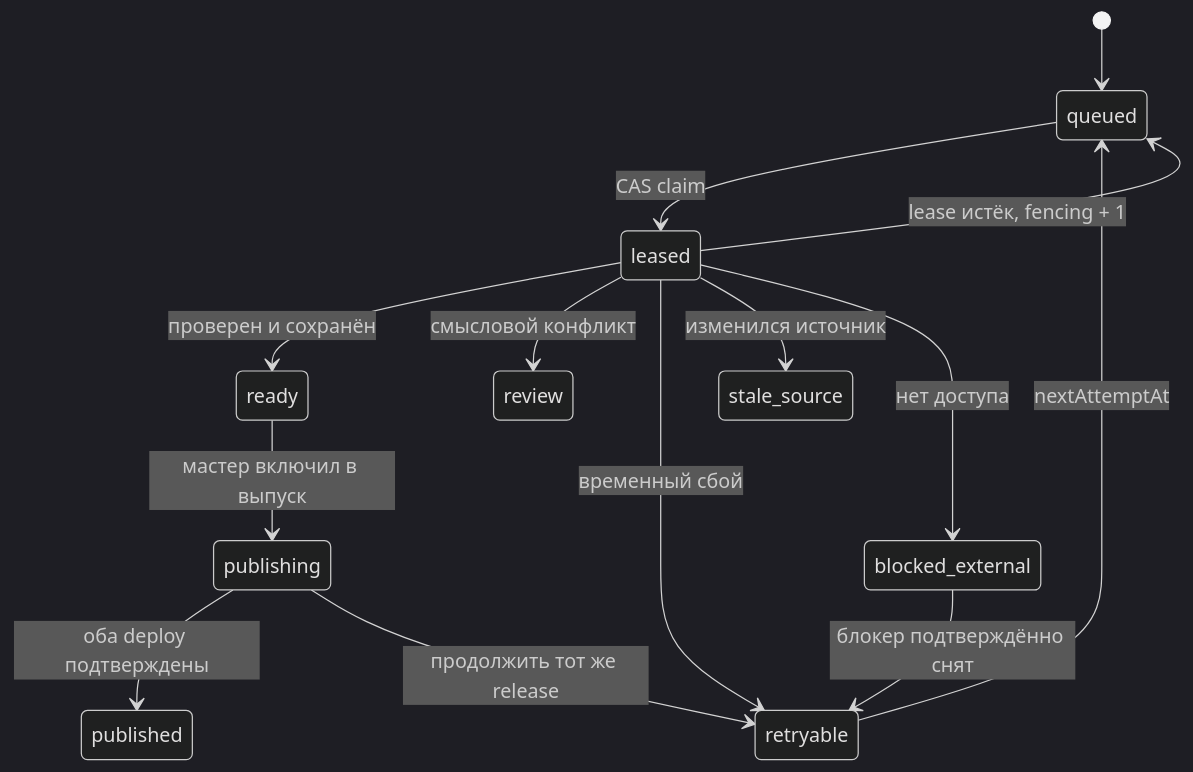
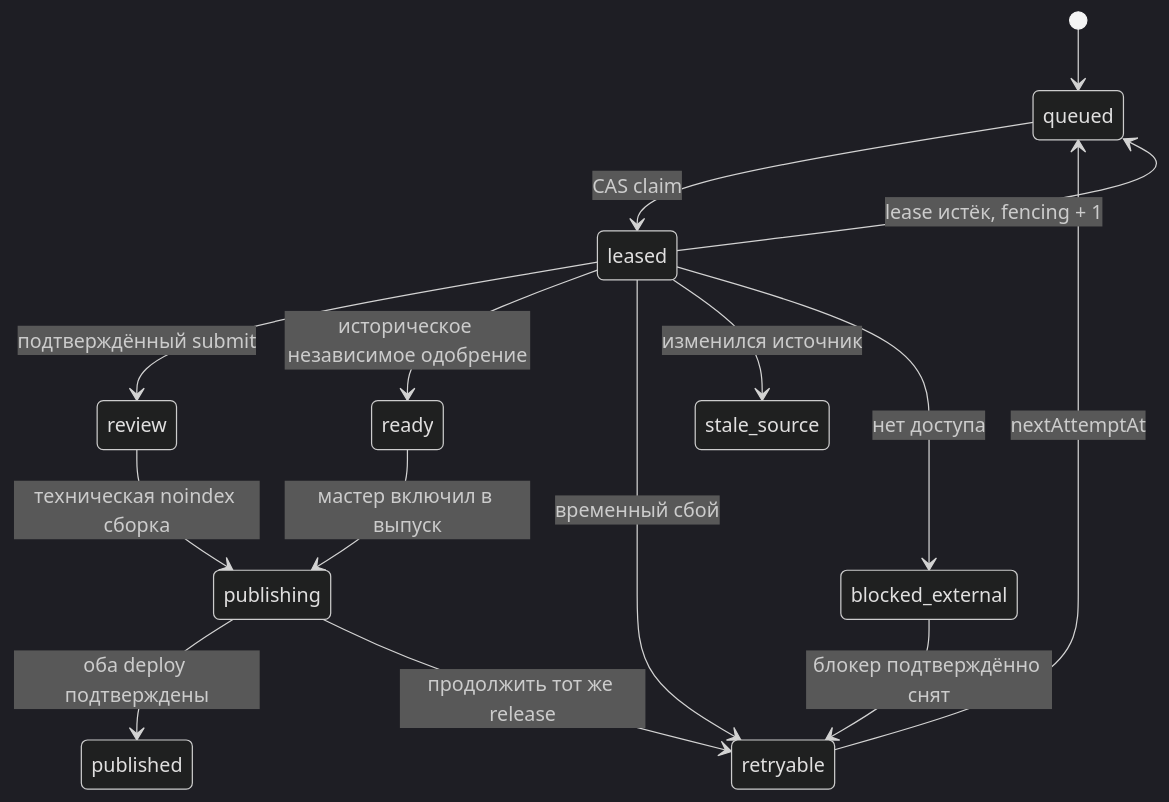
One commit to alexyakovlev79/adatours.ru changed the diagram in docs/plans/english-site/04-swarm-runbook.md. Above: the diagram before and after it, drawn with Mermaid (dark theme). The commit also changed other lines of this file and 10 other files, not shown here.

````diff
--- a/docs/plans/english-site/04-swarm-runbook.md
+++ b/docs/plans/english-site/04-swarm-runbook.md
@@ -152,16 +161,17 @@
 ```mermaid
 stateDiagram-v2
   [*] --> queued
   queued --> leased: CAS claim
-  leased --> ready: проверен и сохранён
-  leased --> review: смысловой конфликт
+  leased --> review: подтверждённый submit
+  review --> publishing: техническая noindex сборка
+  leased --> ready: историческое независимое одобрение
   leased --> retryable: временный сбой
   leased --> stale_source: изменился источник
   leased --> blocked_external: нет доступа
   leased --> queued: lease истёк, fencing + 1
   retryable --> queued: nextAttemptAt
   blocked_external --> retryable: блокер подтверждённо снят
   ready --> publishing: мастер включил в выпуск
   publishing --> published: оба deploy подтверждены
   publishing --> retryable: продолжить тот же release
 ```
````
